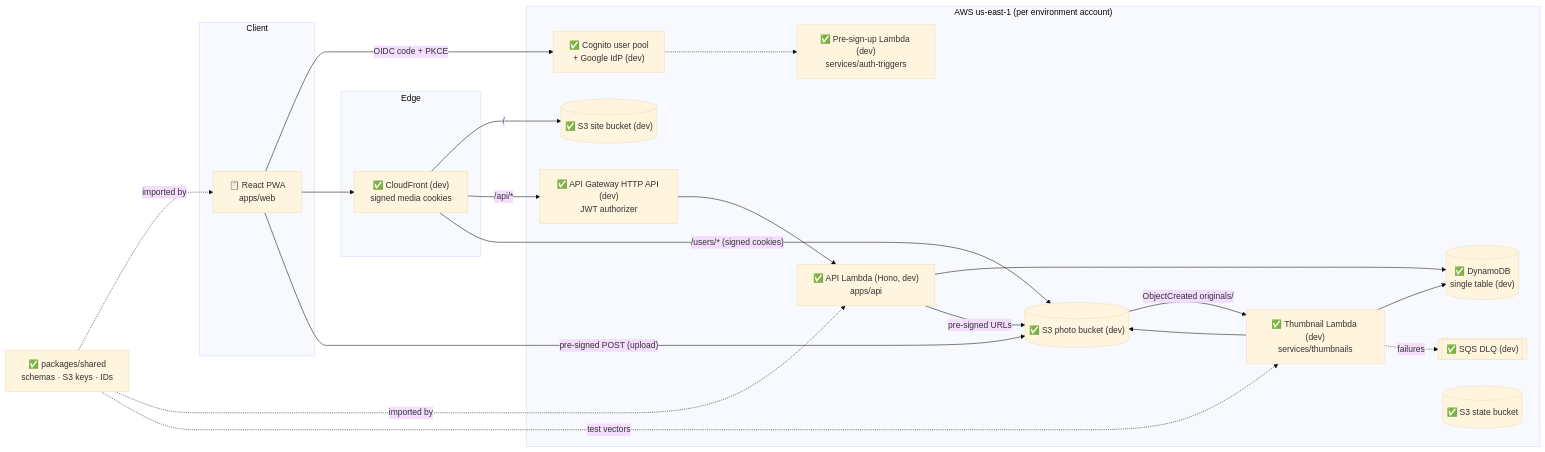
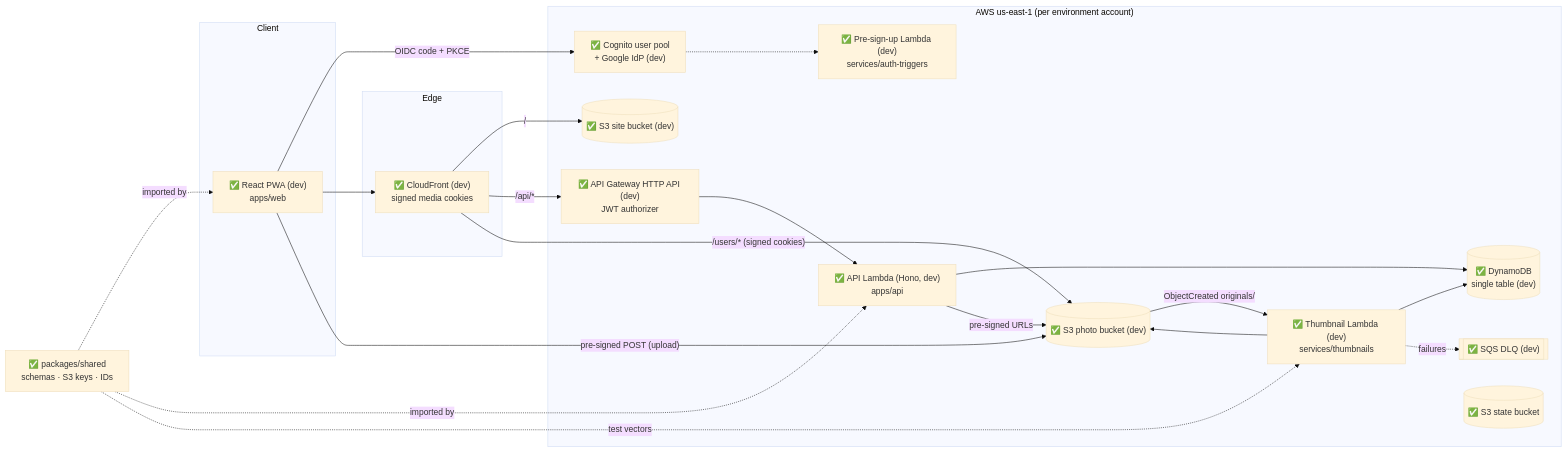
Before and after one commit to EdgarA28/Photo-app: the first of 7 diagrams in ARCHITECTURE.md, drawn with Mermaid (base theme). The commit also changed other lines of this file and 4 other files, not shown here.

````diff
--- a/ARCHITECTURE.md
+++ b/ARCHITECTURE.md
@@ -69,42 +69,42 @@
 ```mermaid
 flowchart LR
   subgraph Client
-    PWA["📋 React PWA<br/>apps/web"]
+    PWA["✅ React PWA (dev)<br/>apps/web"]
   end
 
   subgraph Edge
     CF["✅ CloudFront (dev)<br/>signed media cookies"]
   end
 
   subgraph AWS["AWS us-east-1 (per environment account)"]
     COG["✅ Cognito user pool<br/>+ Google IdP (dev)"]
     TRIG["✅ Pre-sign-up Lambda (dev)<br/>services/auth-triggers"]
     APIGW["✅ API Gateway HTTP API (dev)<br/>JWT authorizer"]
     API["✅ API Lambda (Hono, dev)<br/>apps/api"]
     DDB[("✅ DynamoDB<br/>single table (dev)")]
     WEB[("✅ S3 site bucket (dev)")]
     S3[("✅ S3 photo bucket (dev)")]
     THUMB["✅ Thumbnail Lambda (dev)<br/>services/thumbnails"]
     DLQ[["✅ SQS DLQ (dev)"]]
     STATE[("✅ S3 state bucket")]
   end
 
   SHARED["✅ packages/shared<br/>schemas · S3 keys · IDs"]
 
   PWA -- "OIDC code + PKCE" --> COG
   COG -.-> TRIG
   PWA --> CF
   CF -- "/" --> WEB
   CF -- "/api/*" --> APIGW --> API
   CF -- "/users/* (signed cookies)" --> S3
   API --> DDB
   API -- "pre-signed URLs" --> S3
   PWA -- "pre-signed POST (upload)" --> S3
   S3 -- "ObjectCreated originals/" --> THUMB
   THUMB --> S3
   THUMB --> DDB
   THUMB -. "failures" .-> DLQ
   SHARED -. "imported by" .-> PWA
   SHARED -. "imported by" .-> API
   SHARED -. "test vectors" .-> THUMB
 ```
````
